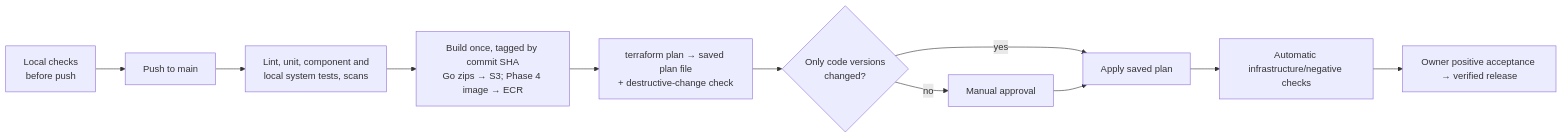
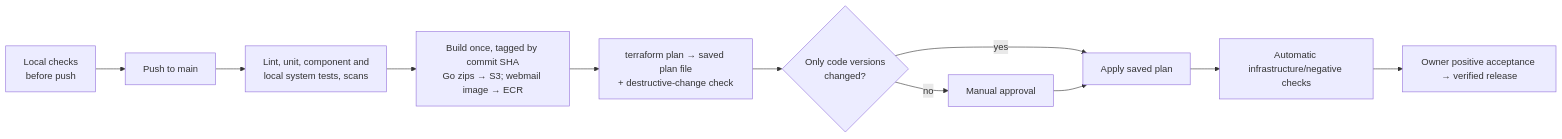
The diagram in docs/operations/deployment.md (zero11-0203/s3mail), drawn with Mermaid before and after one commit. The commit also changed other lines of this file and 65 other files, not shown here.

````diff
--- a/docs/operations/deployment.md
+++ b/docs/operations/deployment.md
@@ -146,12 +146,12 @@
 ```mermaid
 flowchart LR
     LOCAL["Local checks<br/>before push"] --> PUSH["Push to main"]
     PUSH --> CHECKS["Lint, unit, component and<br/>local system tests, scans"]
-    CHECKS --> BUILD["Build once, tagged by commit SHA<br/>Go zips → S3; Phase 4 image → ECR"]
+    CHECKS --> BUILD["Build once, tagged by commit SHA<br/>Go zips → S3; webmail image → ECR"]
     BUILD --> MPLAN["terraform plan → saved plan file<br/>+ destructive-change check"]
     MPLAN --> KIND{"Only code versions<br/>changed?"}
     KIND -->|yes| APPLY["Apply saved plan"]
     KIND -->|no| GATE["Manual approval"] --> APPLY
     APPLY --> SMOKE["Automatic infrastructure/negative checks"]
     SMOKE --> ACCEPT["Owner positive acceptance → verified release"]
 ```
````
